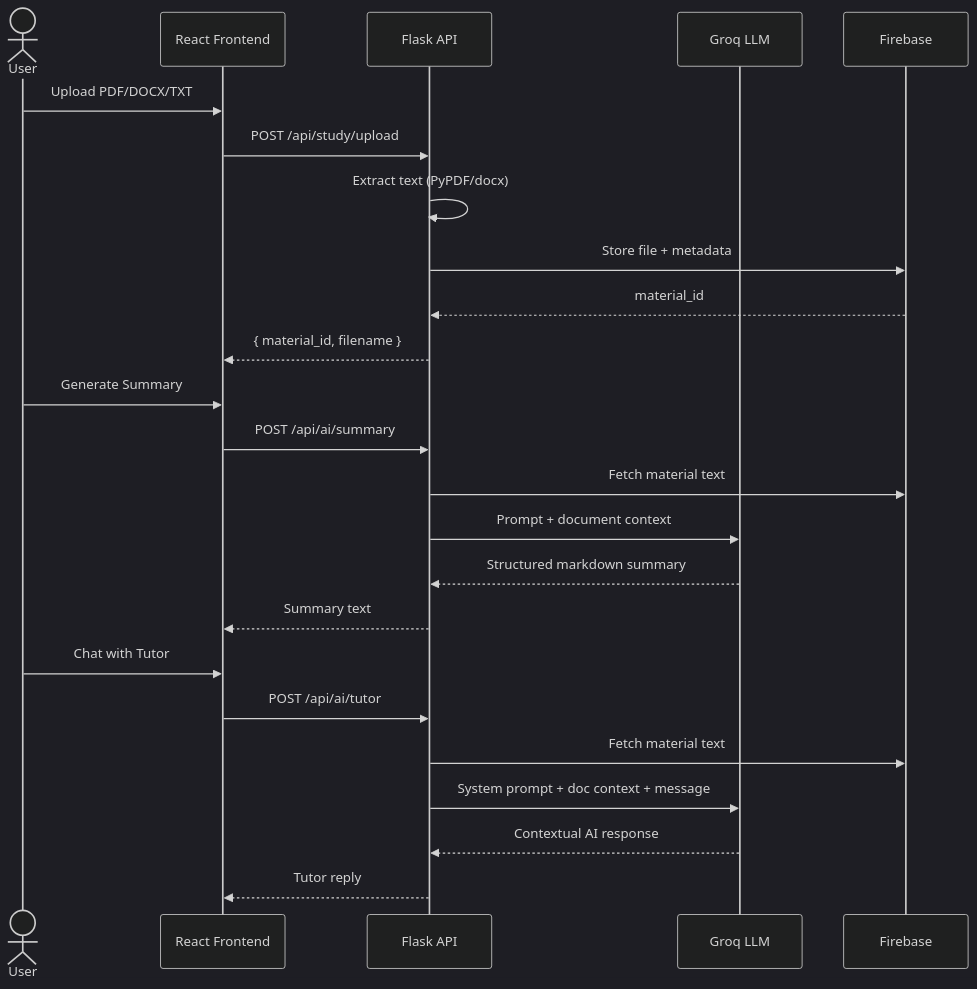
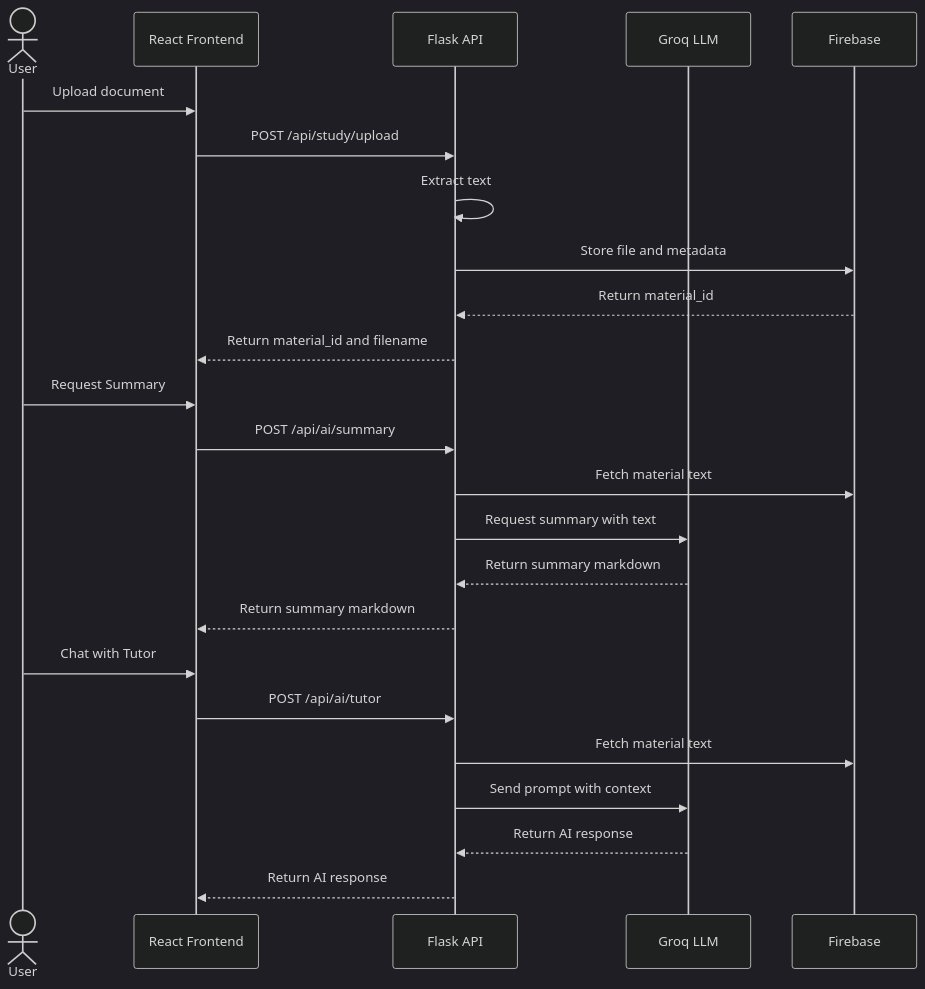
Before and after one commit to SUDHARSHANKUPPILI/StudyAI: the second of 2 diagrams in README.md, drawn with Mermaid (dark theme). The commit also changed other lines of this file, not shown here.

Commit message:
docs: simplify Mermaid diagrams to fix GitHub rendering parser crash

````diff
--- a/README.md
+++ b/README.md
@@ -133,29 +133,29 @@
 ```mermaid
 sequenceDiagram
     actor User
     participant Frontend as React Frontend
     participant API as Flask API
     participant Groq as Groq LLM
     participant DB as Firebase
 
-    User->>Frontend: Upload PDF/DOCX/TXT
+    User->>Frontend: Upload document
     Frontend->>API: POST /api/study/upload
-    API->>API: Extract text (PyPDF/docx)
-    API->>DB: Store file + metadata
-    DB-->>API: material_id
-    API-->>Frontend: { material_id, filename }
+    API->>API: Extract text
+    API->>DB: Store file and metadata
+    DB-->>API: Return material_id
+    API-->>Frontend: Return material_id and filename
 
-    User->>Frontend: Generate Summary
+    User->>Frontend: Request Summary
     Frontend->>API: POST /api/ai/summary
     API->>DB: Fetch material text
-    API->>Groq: Prompt + document context
-    Groq-->>API: Structured markdown summary
-    API-->>Frontend: Summary text
+    API->>Groq: Request summary with text
+    Groq-->>API: Return summary markdown
+    API-->>Frontend: Return summary markdown
 
     User->>Frontend: Chat with Tutor
     Frontend->>API: POST /api/ai/tutor
     API->>DB: Fetch material text
-    API->>Groq: System prompt + doc context + message
-    Groq-->>API: Contextual AI response
-    API-->>Frontend: Tutor reply
+    API->>Groq: Send prompt with context
+    Groq-->>API: Return AI response
+    API-->>Frontend: Return AI response
 ```
````
